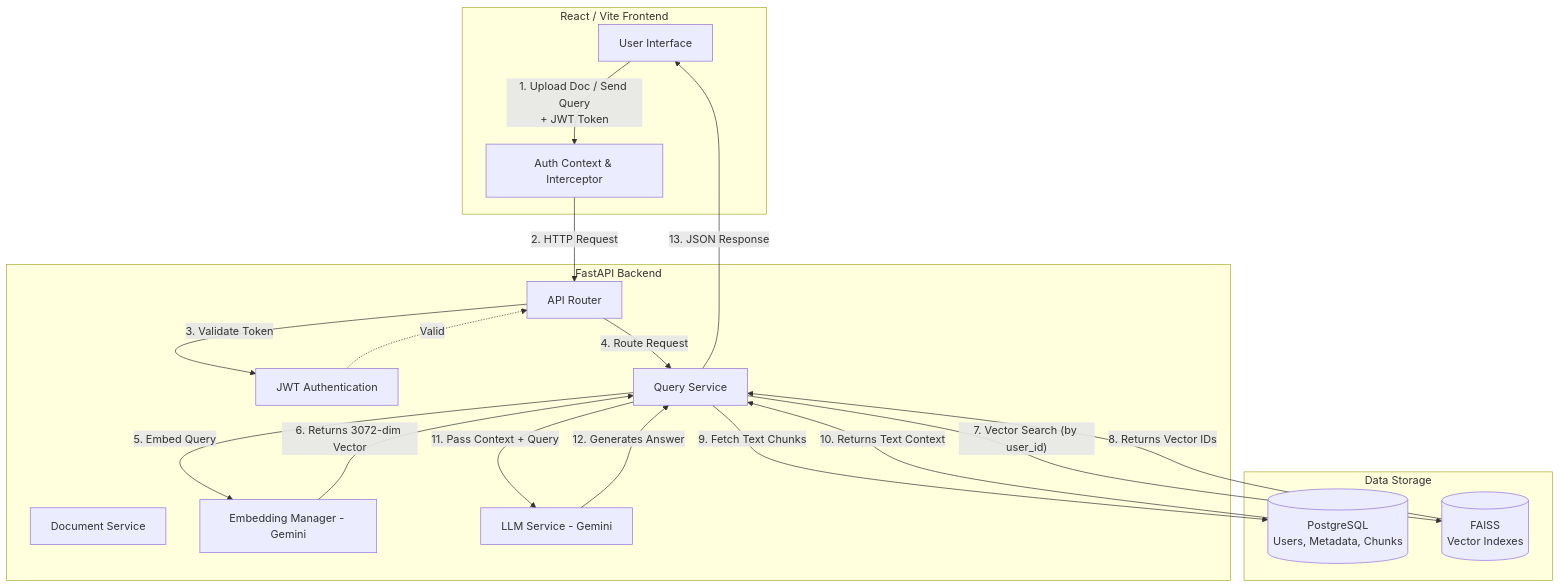
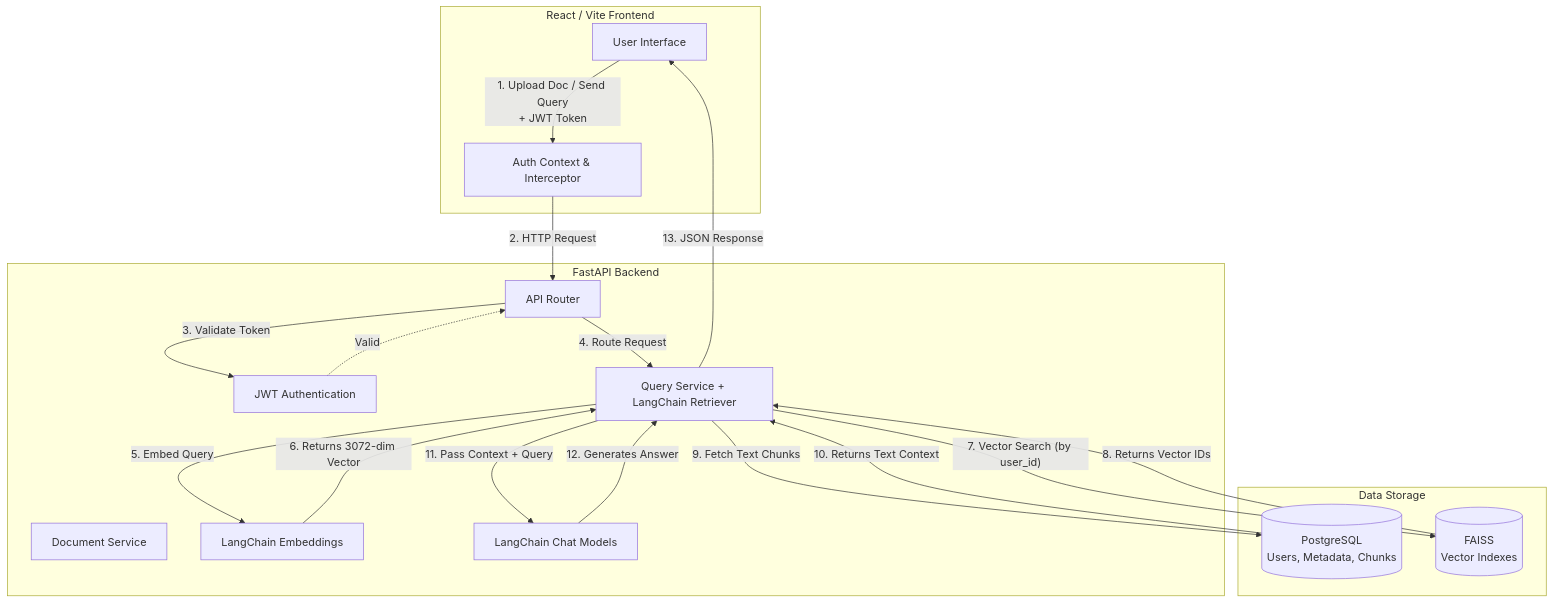
One commit to varadnb18/DocMind-AI changed the diagram in README.md. Above: the diagram before and after it, drawn with Mermaid. The commit also changed other lines of this file and 6 other files, not shown here.

````diff
--- a/README.md
+++ b/README.md
@@ -19,41 +19,41 @@
 ```mermaid
 flowchart TD
     subgraph Frontend [React / Vite Frontend]
         UI[User Interface]
         AuthCtx[Auth Context & Interceptor]
     end
 
     subgraph Backend [FastAPI Backend]
         API[API Router]
         Auth[JWT Authentication]
         DocService[Document Service]
-        QueryService[Query Service]
-        EmbedMgr[Embedding Manager - Gemini]
-        LLM[LLM Service - Gemini]
+        QueryService[Query Service + LangChain Retriever]
+        EmbedMgr[LangChain Embeddings]
+        LLM[LangChain Chat Models]
     end
 
     subgraph Storage [Data Storage]
         PG[(PostgreSQL\nUsers, Metadata, Chunks)]
         FAISS[(FAISS\nVector Indexes)]
     end
 
     %% Flow
     UI -- "1. Upload Doc / Send Query\n+ JWT Token" --> AuthCtx
     AuthCtx -- "2. HTTP Request" --> API
     API -- "3. Validate Token" --> Auth
     Auth -. "Valid" .-> API
     
     API -- "4. Route Request" --> QueryService
     QueryService -- "5. Embed Query" --> EmbedMgr
     EmbedMgr -- "6. Returns 3072-dim Vector" --> QueryService
     
     QueryService -- "7. Vector Search (by user_id)" --> FAISS
     FAISS -- "8. Returns Vector IDs" --> QueryService
     
     QueryService -- "9. Fetch Text Chunks" --> PG
     PG -- "10. Returns Text Context" --> QueryService
     
     QueryService -- "11. Pass Context + Query" --> LLM
     LLM -- "12. Generates Answer" --> QueryService
     QueryService -- "13. JSON Response" --> UI
 ```
````
